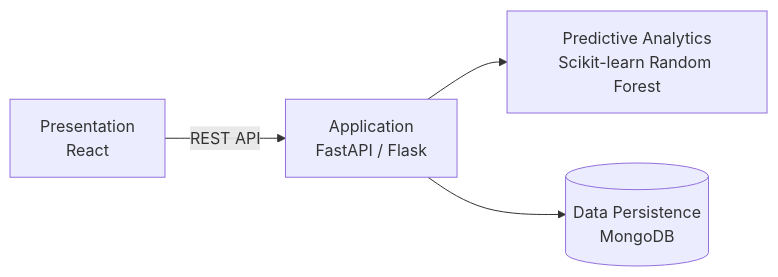
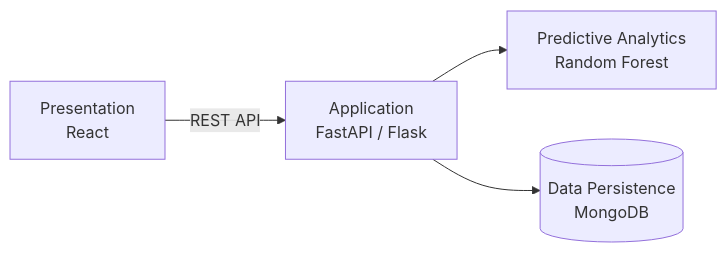
The diagram in README.md (julietsamsonraj2005/julietsamsonraj2005), drawn with Mermaid before and after one commit. The commit also changed other lines of this file, not shown here.

````diff
--- a/README.md
+++ b/README.md
@@ -115,6 +49,6 @@
 ```mermaid
 flowchart LR
     A["Presentation<br/>React"] -->|REST API| B["Application<br/>FastAPI / Flask"]
-    B --> C["Predictive Analytics<br/>Scikit-learn Random Forest"]
+    B --> C["Predictive Analytics<br/>Random Forest"]
     B --> D[("Data Persistence<br/>MongoDB")]
 ```
````
